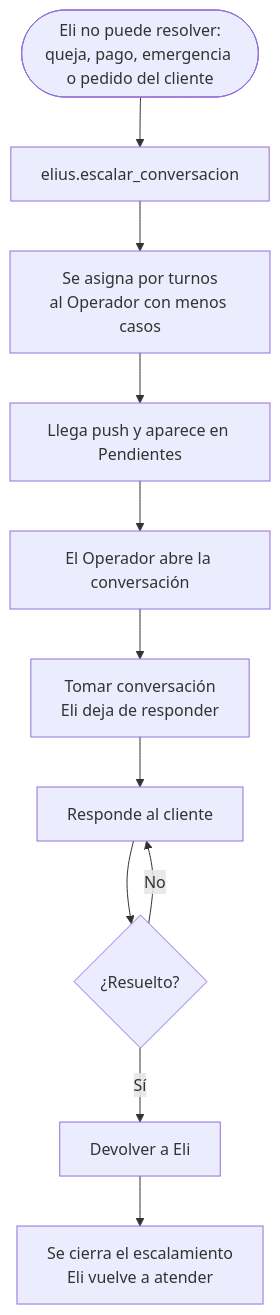
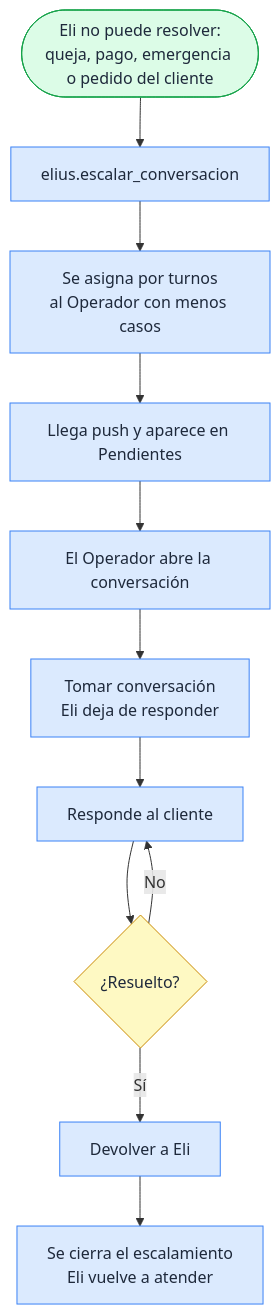
Before and after one commit to svzapatac/Elius: the first of 4 diagrams in docs/03_flujos_usuario/03_panel_operador.md, drawn with Mermaid. The commit also changed other lines of this file and 46 other files, not shown here.

````diff
--- a/docs/03_flujos_usuario/03_panel_operador.md
+++ b/docs/03_flujos_usuario/03_panel_operador.md
@@ -5,13 +5,18 @@
 ```mermaid
 flowchart TD
   A([Eli no puede resolver:<br/>queja, pago, emergencia o pedido del cliente]) --> B[elius.escalar_conversacion]
   B --> C[Se asigna por turnos<br/>al Operador con menos casos]
   C --> D[Llega push y aparece en Pendientes]
   D --> E[El Operador abre la conversación]
   E --> F[Tomar conversación<br/>Eli deja de responder]
   F --> G[Responde al cliente]
   G --> H{¿Resuelto?}
   H -- No --> G
   H -- Sí --> I[Devolver a Eli]
   I --> J[Se cierra el escalamiento<br/>Eli vuelve a atender]
+  classDef default fill:#dbeafe,stroke:#3b82f6,color:#1e293b
+  classDef dec fill:#fef9c3,stroke:#ca8a04,color:#1e293b
+  classDef ok fill:#dcfce7,stroke:#16a34a,color:#1e293b
+  class H dec
+  class A ok
 ```
````
